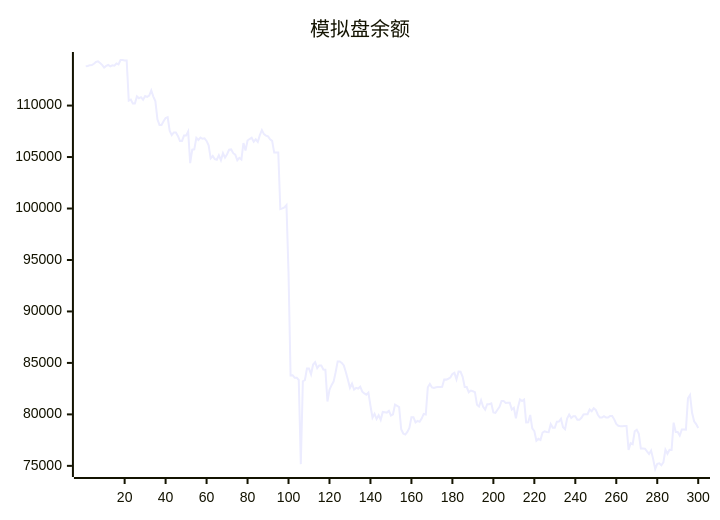
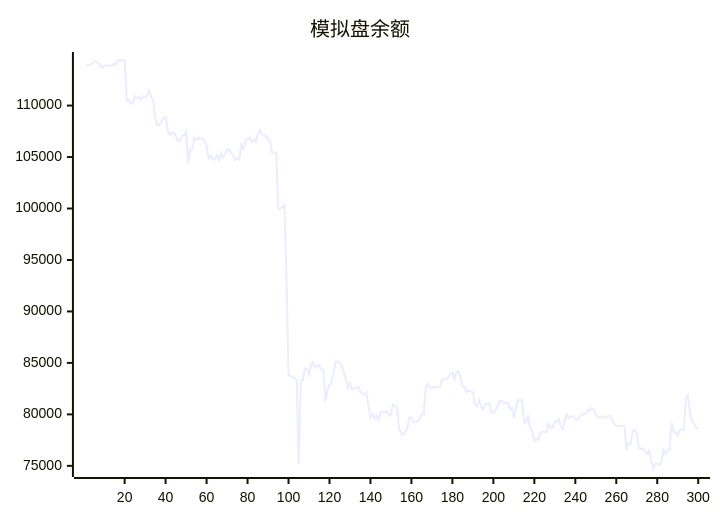
The diagram in README.md (aahl/ai-trading), drawn with Mermaid before and after one commit. The commit also changed other lines of this file and 1 other file, not shown here.

````diff
--- a/README.md
+++ b/README.md
@@ -5,5 +5,5 @@
 ```mermaid
 xychart
     title "模拟盘余额"
-    line [113810,113848,113927,113929,114064,114232,114293,114144,113960,113698,113853,113942,113812,113908,113877,114091,113998,114427,114422,114384,114384,110477,110576,110198,110198,110890,110712,110812,110569,110929,110847,110968,111478,110870,110433,108661,108116,108115,108485,108797,108877,107536,107134,107393,107393,107046,106565,106565,107081,107081,107478,104404,105715,105749,106866,106651,106889,106771,106816,106565,106141,104876,105103,104796,104734,105169,104690,105380,104941,105272,105709,105739,105374,105227,104691,104924,104762,106364,105628,106608,106748,106872,106485,106721,106468,107132,107620,107224,107080,107001,106717,106567,105431,105431,105440,99950,100017,100113,100337,93749,83795,83807,83567,83567,83342,75168,83222,83336,84448,84449,83896,84839,85065,84499,84757,84757,84364,84347,81254,82385,82835,83184,84099,85150,85150,85002,84751,84096,83356,82582,82983,82404,82572,82512,82688,82200,82047,81920,82125,80840,79688,80060,79552,79920,79470,80236,80208,80170,80336,79894,80006,80954,80837,80712,78561,78139,78037,78293,78682,79720,79720,79214,79372,79279,79591,80046,79993,82625,82950,82626,82571,82633,82670,82670,82681,83386,83378,83464,83579,83920,84037,83402,84160,84142,83652,82655,82655,82145,82315,82243,82163,80934,80770,81371,80742,80468,80989,80989,81067,80191,80155,80450,80737,81309,81309,81106,81119,81119,80471,80631,79624,80670,81448,81290,81429,79212,79222,79940,78643,78380,77432,77623,77504,78235,78358,78284,78277,79048,78714,78714,79290,79308,79567,78763,78563,79603,79988,79652,79813,79813,79476,79469,79673,79995,80015,80015,80486,80314,80600,80436,79966,79689,79689,79819,79692,79692,79850,79850,79518,79071,78889,78850,78850,78878,78878,76554,77202,77103,78357,78510,78106,76678,76677,76672,76411,76159,76485,75656,74695,75197,75246,75052,75334,76564,76179,76553,76551,79196,78300,78300,77944,78531,78531,78521,81564,81884,80160,79335,79055,78675]
+    line [113848,113927,113929,114064,114232,114293,114144,113960,113698,113853,113942,113812,113908,113877,114091,113998,114427,114422,114384,114384,110477,110576,110198,110198,110890,110712,110812,110569,110929,110847,110968,111478,110870,110433,108661,108116,108115,108485,108797,108877,107536,107134,107393,107393,107046,106565,106565,107081,107081,107478,104404,105715,105749,106866,106651,106889,106771,106816,106565,106141,104876,105103,104796,104734,105169,104690,105380,104941,105272,105709,105739,105374,105227,104691,104924,104762,106364,105628,106608,106748,106872,106485,106721,106468,107132,107620,107224,107080,107001,106717,106567,105431,105431,105440,99950,100017,100113,100337,93749,83795,83807,83567,83567,83342,75168,83222,83336,84448,84449,83896,84839,85065,84499,84757,84757,84364,84347,81254,82385,82835,83184,84099,85150,85150,85002,84751,84096,83356,82582,82983,82404,82572,82512,82688,82200,82047,81920,82125,80840,79688,80060,79552,79920,79470,80236,80208,80170,80336,79894,80006,80954,80837,80712,78561,78139,78037,78293,78682,79720,79720,79214,79372,79279,79591,80046,79993,82625,82950,82626,82571,82633,82670,82670,82681,83386,83378,83464,83579,83920,84037,83402,84160,84142,83652,82655,82655,82145,82315,82243,82163,80934,80770,81371,80742,80468,80989,80989,81067,80191,80155,80450,80737,81309,81309,81106,81119,81119,80471,80631,79624,80670,81448,81290,81429,79212,79222,79940,78643,78380,77432,77623,77504,78235,78358,78284,78277,79048,78714,78714,79290,79308,79567,78763,78563,79603,79988,79652,79813,79813,79476,79469,79673,79995,80015,80015,80486,80314,80600,80436,79966,79689,79689,79819,79692,79692,79850,79850,79518,79071,78889,78850,78850,78878,78878,76554,77202,77103,78357,78510,78106,76678,76677,76672,76411,76159,76485,75656,74695,75197,75246,75052,75334,76564,76179,76553,76551,79196,78300,78300,77944,78531,78531,78521,81564,81884,80160,79335,79055,78675,78580]
 ```
````
